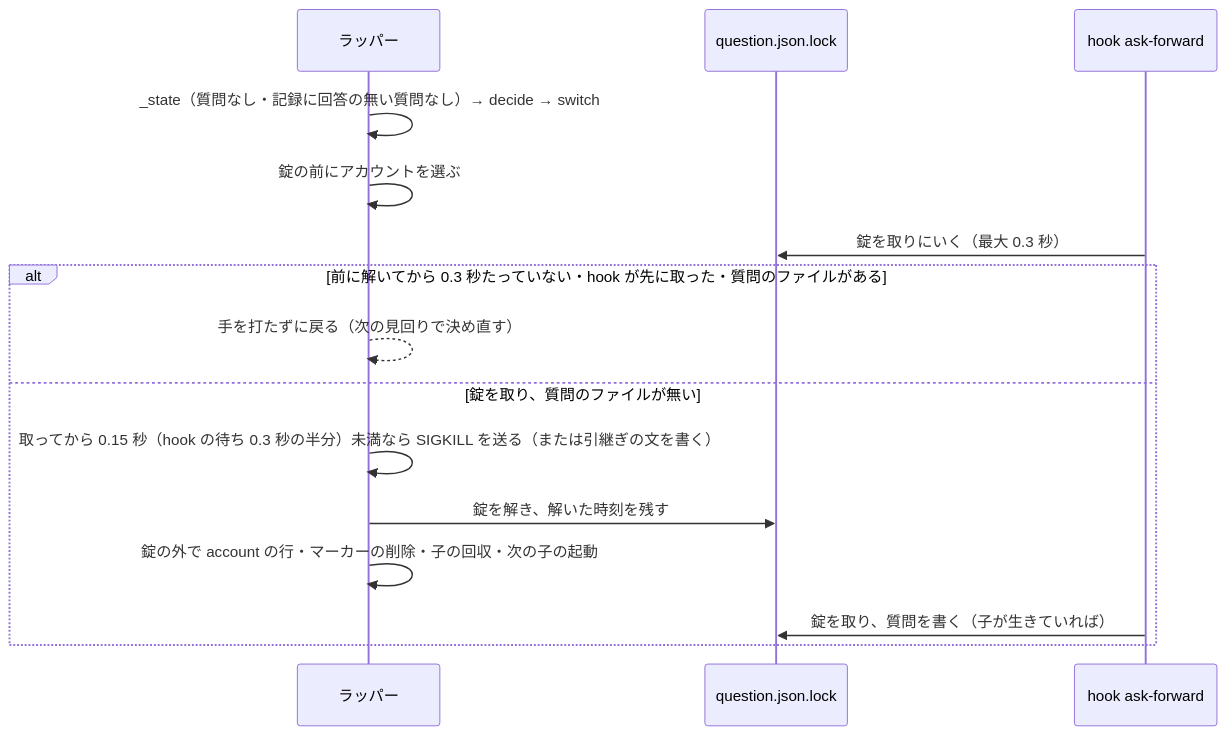
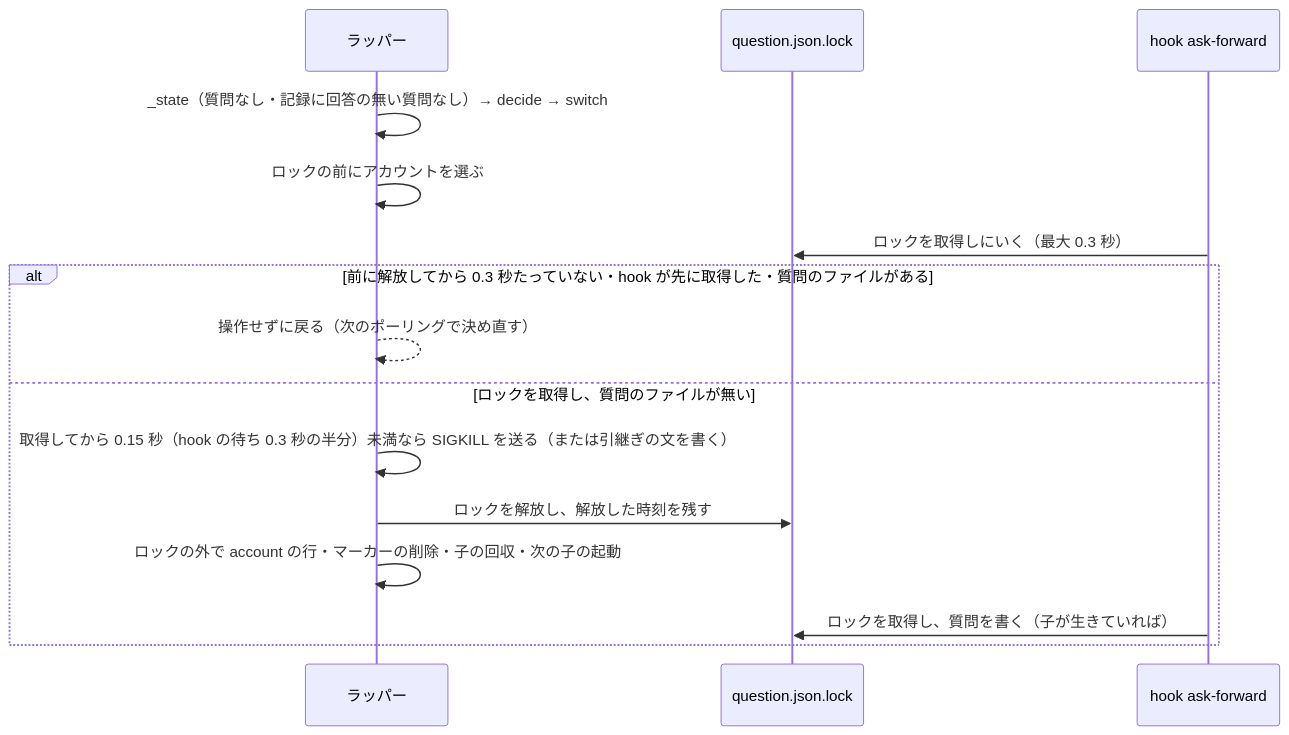
Before and after one commit to devbasex/ai-plugins: the fourth of 4 diagrams in issues/issue-3814-design.md, drawn with Mermaid. The commit also changed other lines of this file and 11 other files, not shown here.

````diff
--- a/issues/issue-3814-design.md
+++ b/issues/issue-3814-design.md
@@ -120,17 +120,17 @@
 ```mermaid
 sequenceDiagram
   participant W as ラッパー
   participant L as question.json.lock
   participant H as hook ask-forward
   W->>W: _state（質問なし・記録に回答の無い質問なし）→ decide → switch
-  W->>W: 錠の前にアカウントを選ぶ
-  H->>L: 錠を取りにいく（最大 0.3 秒）
-  alt 前に解いてから 0.3 秒たっていない・hook が先に取った・質問のファイルがある
-    W-->>W: 手を打たずに戻る（次の見回りで決め直す）
-  else 錠を取り、質問のファイルが無い
-    W->>W: 取ってから 0.15 秒（hook の待ち 0.3 秒の半分）未満なら SIGKILL を送る（または引継ぎの文を書く）
-    W->>L: 錠を解き、解いた時刻を残す
-    W->>W: 錠の外で account の行・マーカーの削除・子の回収・次の子の起動
-    H->>L: 錠を取り、質問を書く（子が生きていれば）
+  W->>W: ロックの前にアカウントを選ぶ
+  H->>L: ロックを取得しにいく（最大 0.3 秒）
+  alt 前に解放してから 0.3 秒たっていない・hook が先に取得した・質問のファイルがある
+    W-->>W: 操作せずに戻る（次のポーリングで決め直す）
+  else ロックを取得し、質問のファイルが無い
+    W->>W: 取得してから 0.15 秒（hook の待ち 0.3 秒の半分）未満なら SIGKILL を送る（または引継ぎの文を書く）
+    W->>L: ロックを解放し、解放した時刻を残す
+    W->>W: ロックの外で account の行・マーカーの削除・子の回収・次の子の起動
+    H->>L: ロックを取得し、質問を書く（子が生きていれば）
   end
 ```
````
